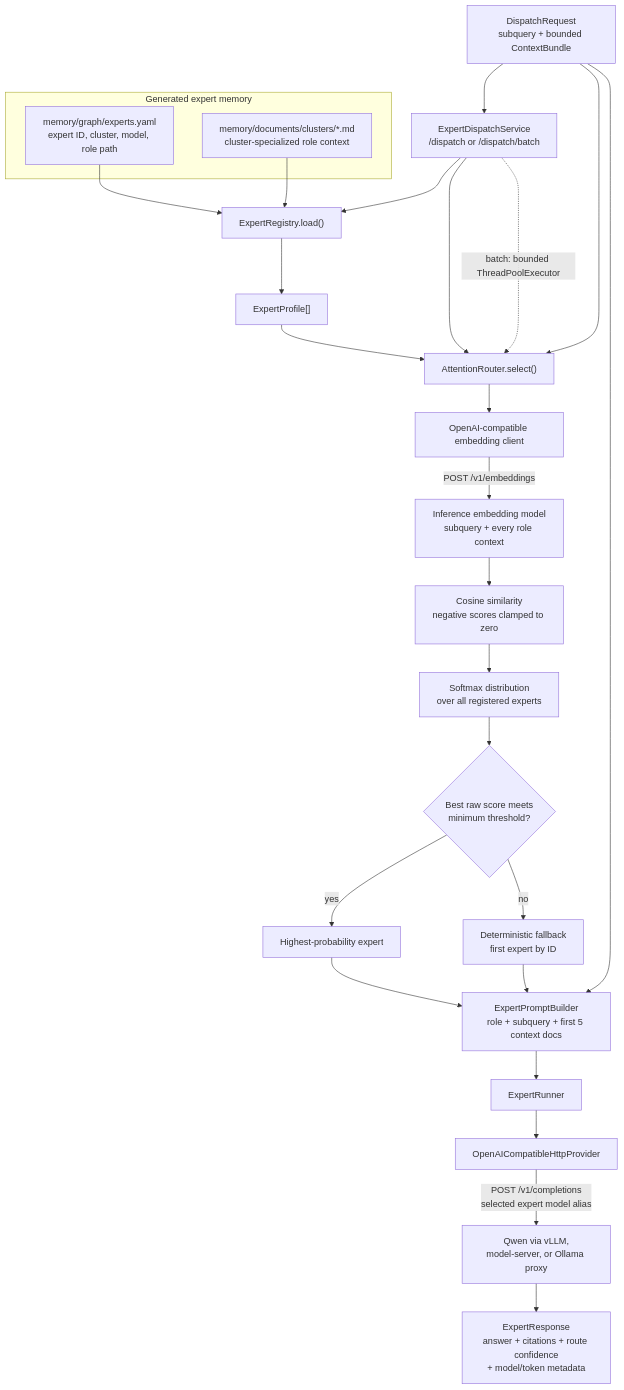
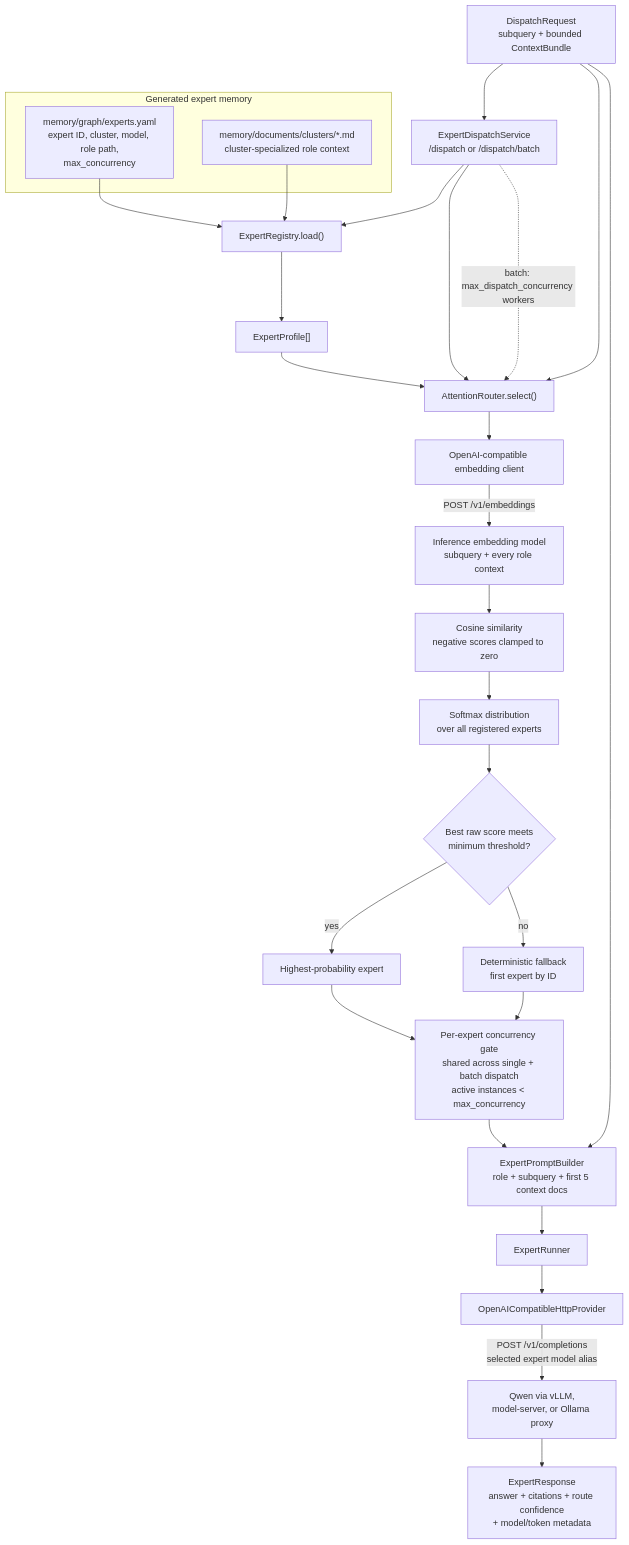
Before and after one commit to ForestDweller014/Dullahan: the second of 4 diagrams in README.md, drawn with Mermaid. The commit also changed other lines of this file and 2 other files, not shown here.

First line of the commit message:
feat: Enforce expert concurrency limits

````diff
--- a/README.md
+++ b/README.md
@@ -89,35 +93,36 @@
 ```mermaid
 flowchart TB
     Request["DispatchRequest<br/>subquery + bounded ContextBundle"] --> Service["ExpertDispatchService<br/>/dispatch or /dispatch/batch"]
 
     subgraph RegistryData["Generated expert memory"]
-        ExpertsYaml["memory/graph/experts.yaml<br/>expert ID, cluster, model, role path"]
+        ExpertsYaml["memory/graph/experts.yaml<br/>expert ID, cluster, model, role path,<br/>max_concurrency"]
         RoleDocs["memory/documents/clusters/*.md<br/>cluster-specialized role context"]
     end
 
     Service --> Registry["ExpertRegistry.load()"]
     ExpertsYaml --> Registry
     RoleDocs --> Registry
     Registry --> Profiles["ExpertProfile[]"]
 
     Service --> Router["AttentionRouter.select()"]
     Request --> Router
     Profiles --> Router
     Router --> EmbedClient["OpenAI-compatible embedding client"]
     EmbedClient -->|"POST /v1/embeddings"| EmbeddingModel["Inference embedding model<br/>subquery + every role context"]
     EmbeddingModel --> Similarity["Cosine similarity<br/>negative scores clamped to zero"]
     Similarity --> Softmax["Softmax distribution<br/>over all registered experts"]
     Softmax --> Threshold{"Best raw score meets<br/>minimum threshold?"}
     Threshold -->|"yes"| TopExpert["Highest-probability expert"]
     Threshold -->|"no"| Fallback["Deterministic fallback<br/>first expert by ID"]
 
-    TopExpert --> Prompt
-    Fallback --> Prompt
+    TopExpert --> Gate["Per-expert concurrency gate<br/>shared across single + batch dispatch<br/>active instances &lt; max_concurrency"]
+    Fallback --> Gate
+    Gate --> Prompt
     Request --> Prompt["ExpertPromptBuilder<br/>role + subquery + first 5 context docs"]
     Prompt --> Runner["ExpertRunner"]
     Runner --> Provider["OpenAICompatibleHttpProvider"]
     Provider -->|"POST /v1/completions<br/>selected expert model alias"| Generation["Qwen via vLLM,<br/>model-server, or Ollama proxy"]
     Generation --> Response["ExpertResponse<br/>answer + citations + route confidence<br/>+ model/token metadata"]
 
-    Service -. "batch: bounded ThreadPoolExecutor" .-> Router
+    Service -. "batch: max_dispatch_concurrency workers" .-> Router
 ```
````
